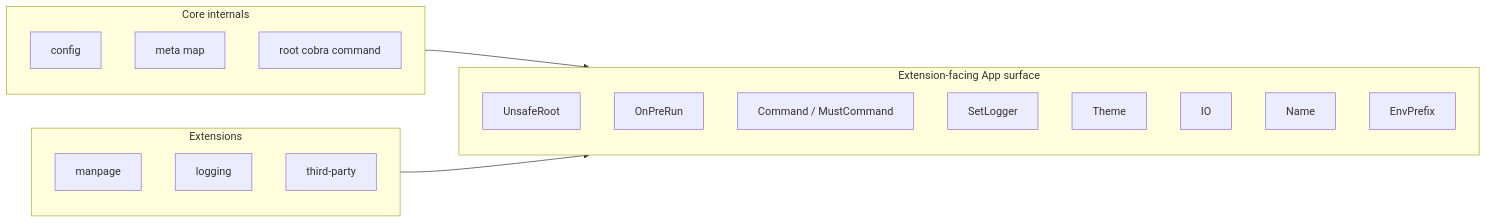
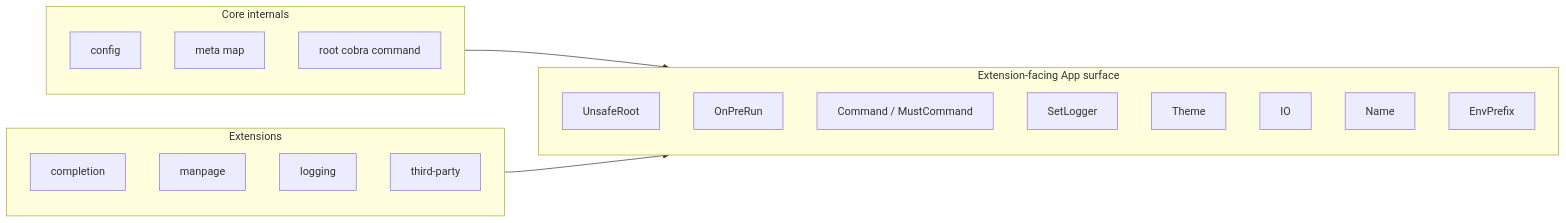
Before and after one commit to nabat-dev/nabat: the diagram in docs/architecture.md, drawn with Mermaid. The commit also changed other lines of this file and 35 other files, not shown here.

````diff
--- a/docs/architecture.md
+++ b/docs/architecture.md
@@ -111,25 +110,26 @@
 ```mermaid
 flowchart LR
     subgraph coreInternals [Core internals]
         cfg[config]
         metaMap[meta map]
         rootCmd[root cobra command]
     end
     subgraph appSurface [Extension-facing App surface]
         unsafeRoot[UnsafeRoot]
         onPreRun[OnPreRun]
         addCmd[Command / MustCommand]
         setLogger[SetLogger]
         themeAcc[Theme]
         ioAcc[IO]
         nameAcc[Name]
         envPrefixAcc[EnvPrefix]
     end
     subgraph extensions [Extensions]
+        completion
         manpage
         logging
         thirdParty[third-party]
     end
     coreInternals --> appSurface
     extensions --> appSurface
 ```
````
